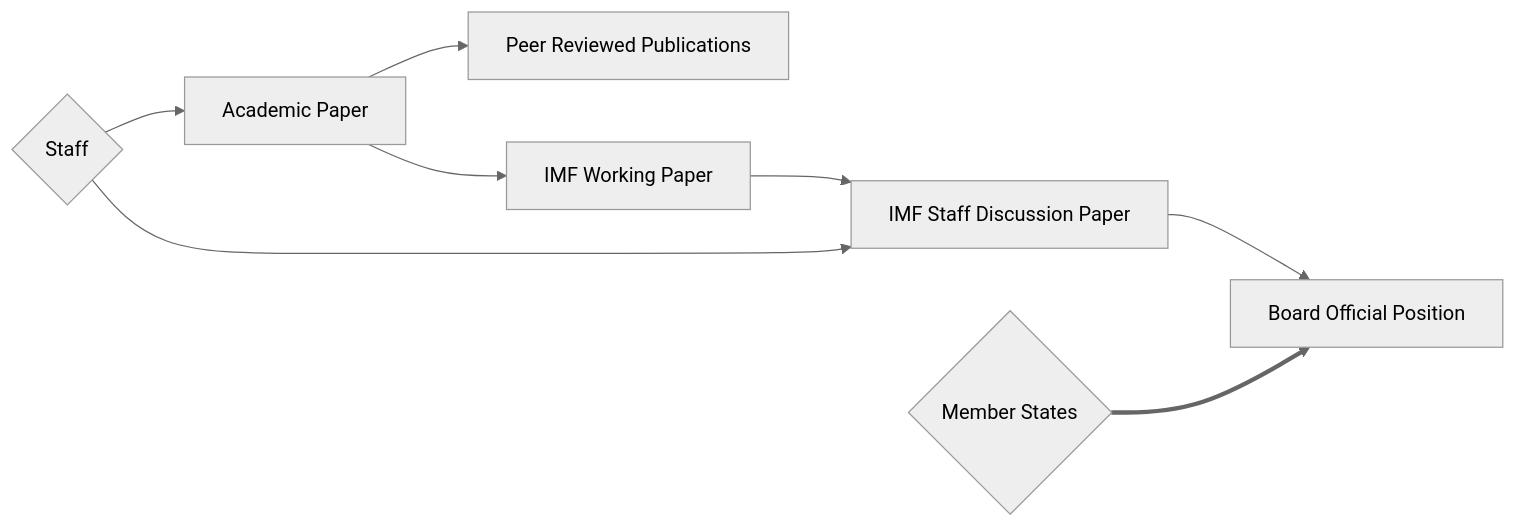
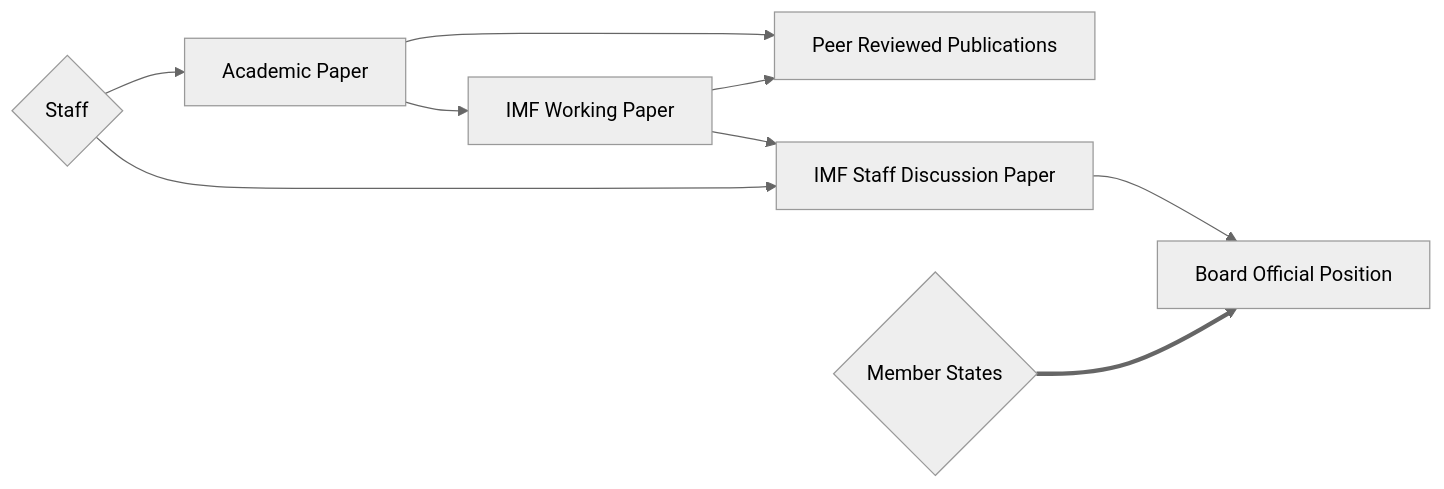
One commit to albop/tie changed the diagram in session_ai_labour/index.qmd. Above: the diagram before and after it, drawn with Mermaid (neutral theme). The commit also changed other lines of this file and 12 other files, not shown here.

````diff
--- a/session_ai_labour/index.qmd
+++ b/session_ai_labour/index.qmd
@@ -79,10 +84,11 @@
 ```{mermaid}
 flowchart LR
   A{Staff} -->  A1[Academic Paper]
   A1 --> X[Peer Reviewed Publications]
   A1 --> B[IMF Working Paper]
+  B --> X
   A --> C[IMF Staff Discussion Paper]
   B --> C
   C --> D[Board Official Position]
   E{Member States} ==> D
 ```
````
